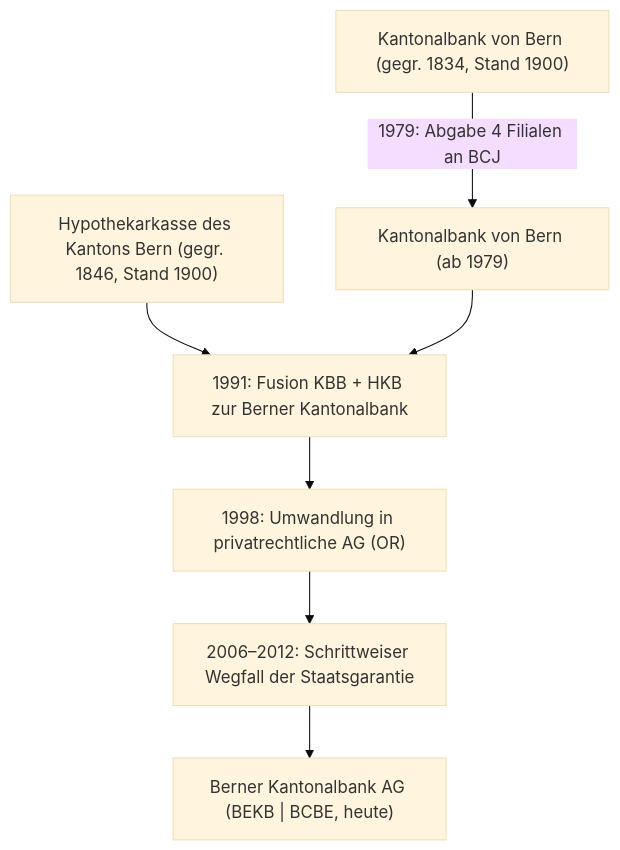
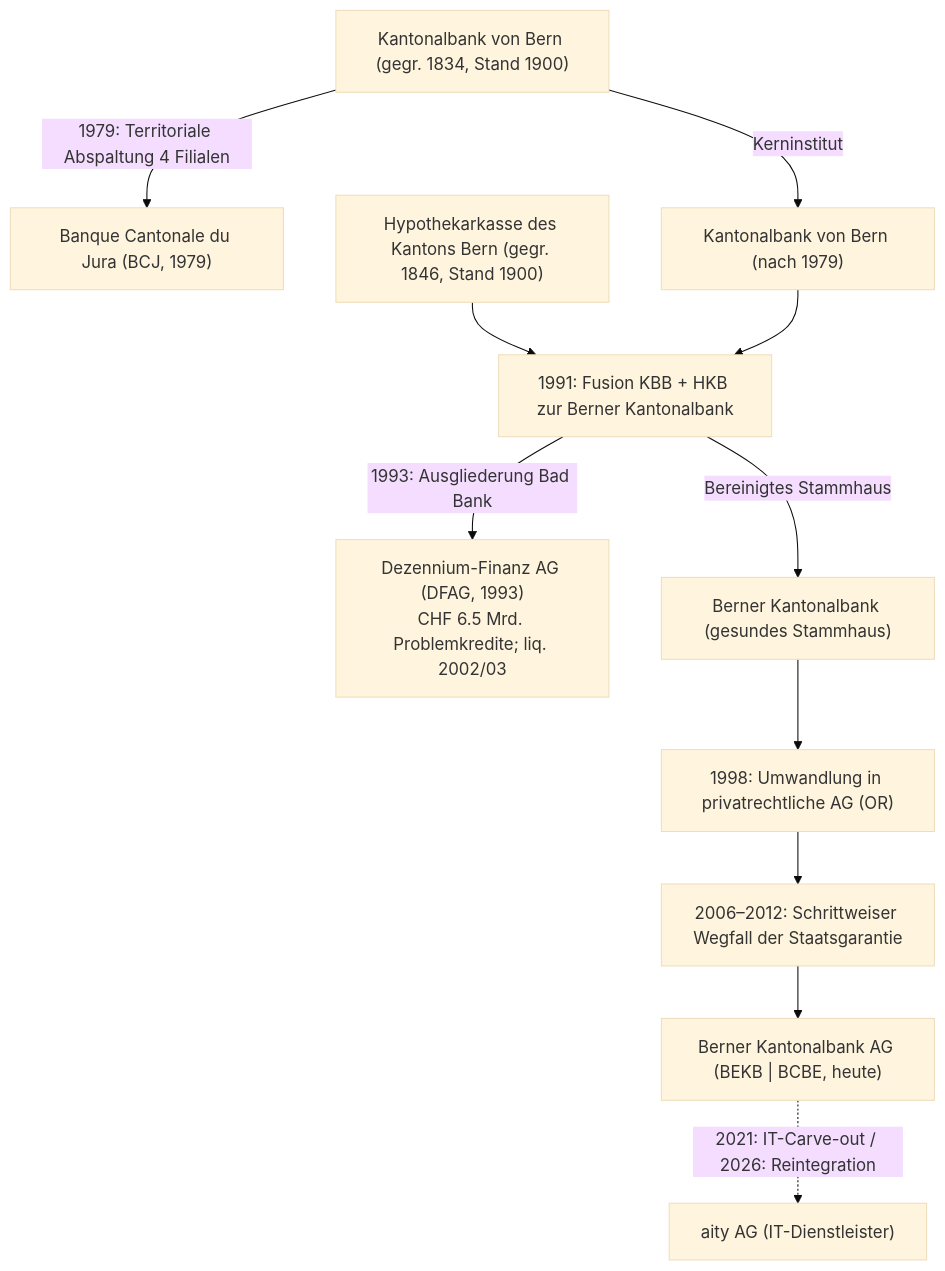
The diagram in banks/bekb/reports/10_fusionsbaum_und_historie.md (chatelao/xkb-geschaeftsbereichte-analysen), drawn with Mermaid (base theme) before and after one commit. The commit also changed other lines of this file and 5 other files, not shown here.

Commit message:
feat(mergers): expand recursive merger trees (UBS/CS/SKA/SVB) and bank spin-offs/bad banks

````diff
--- a/banks/bekb/reports/10_fusionsbaum_und_historie.md
+++ b/banks/bekb/reports/10_fusionsbaum_und_historie.md
@@ -9,9 +9,13 @@
 ```mermaid
 flowchart TD
-    KBB["Kantonalbank von Bern (gegr. 1834, Stand 1900)"] -->|"1979: Abgabe 4 Filialen an BCJ"| KBB79["Kantonalbank von Bern (ab 1979)"]
+    KBB["Kantonalbank von Bern (gegr. 1834, Stand 1900)"] -->|"1979: Territoriale Abspaltung 4 Filialen"| BCJ["Banque Cantonale du Jura (BCJ, 1979)"]
+    KBB -->|"Kerninstitut"| KBB79["Kantonalbank von Bern (nach 1979)"]
     HKB["Hypothekarkasse des Kantons Bern (gegr. 1846, Stand 1900)"] --> MERGE1991["1991: Fusion KBB + HKB zur Berner Kantonalbank"]
     KBB79 --> MERGE1991
-    MERGE1991 --> AG1998["1998: Umwandlung in privatrechtliche AG (OR)"]
+    MERGE1991 -->|"1993: Ausgliederung Bad Bank"| DFAG["Dezennium-Finanz AG (DFAG, 1993)<br>CHF 6.5 Mrd. Problemkredite; liq. 2002/03"]
+    MERGE1991 -->|"Bereinigtes Stammhaus"| BEKB93["Berner Kantonalbank (gesundes Stammhaus)"]
+    BEKB93 --> AG1998["1998: Umwandlung in privatrechtliche AG (OR)"]
     AG1998 --> SG2006["2006–2012: Schrittweiser Wegfall der Staatsgarantie"]
     SG2006 --> BEKB["Berner Kantonalbank AG (BEKB | BCBE, heute)"]
+    BEKB -.->|"2021: IT-Carve-out / 2026: Reintegration"| AITY["aity AG (IT-Dienstleister)"]
 ```
````
